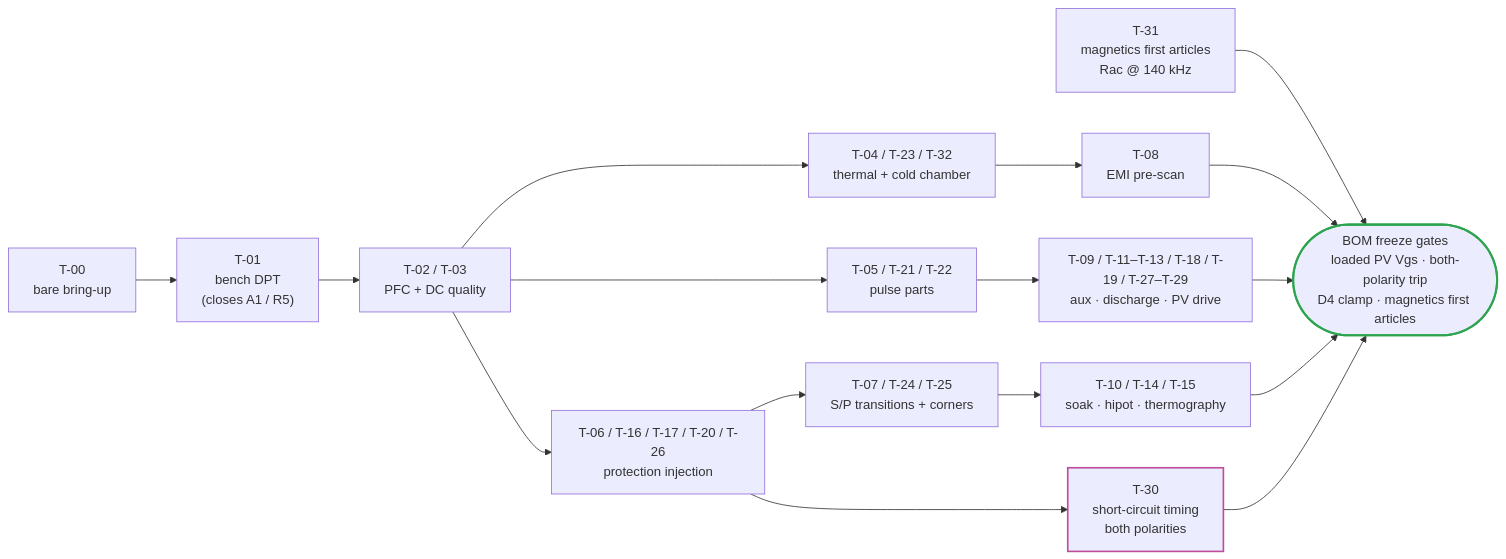
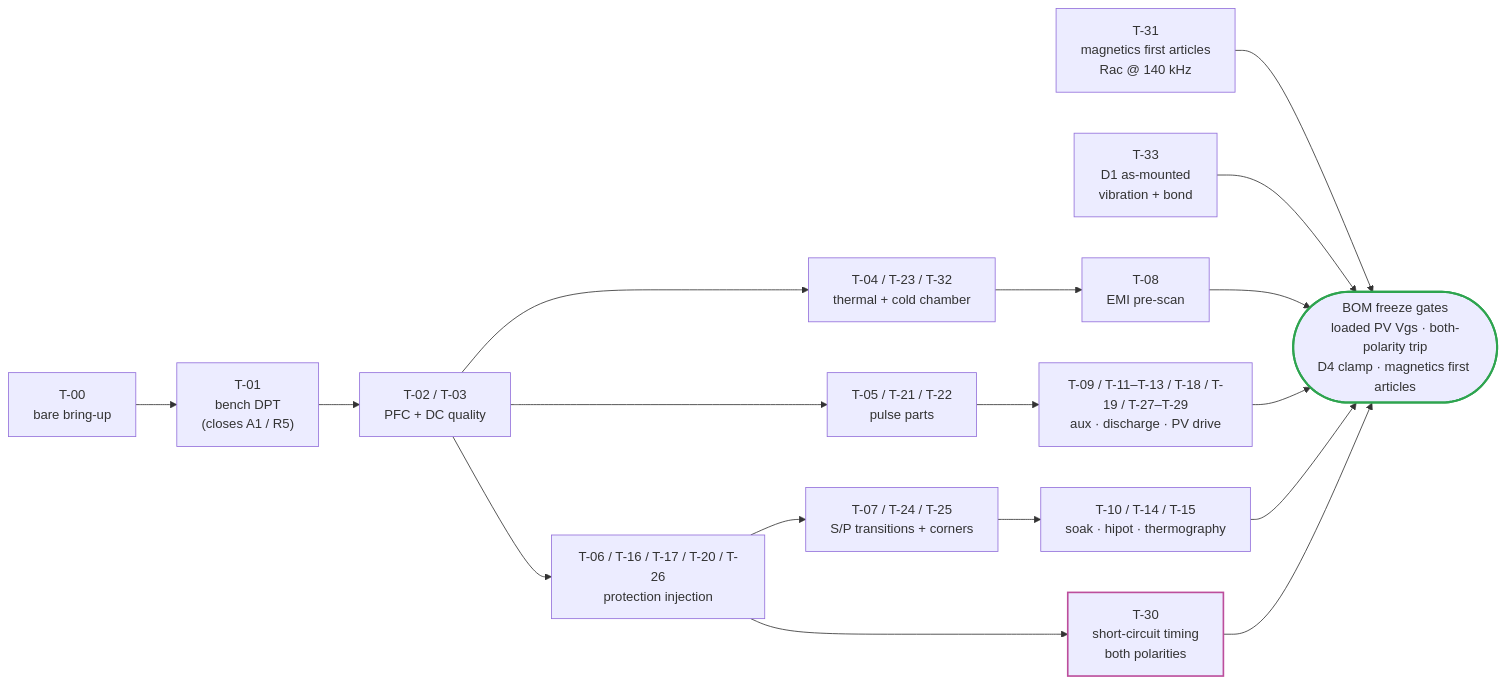
One commit to vectivolt/DC-Modules changed the second of 2 diagrams in docs/evt-plan.md. Above: the diagram before and after it, drawn with Mermaid. The commit also changed other lines of this file and 26 other files, not shown here.

````diff
--- a/docs/evt-plan.md
+++ b/docs/evt-plan.md
@@ -58,20 +58,21 @@
 ```mermaid
 flowchart LR
   A["T-00<br/>bare bring-up"] --> B["T-01<br/>bench DPT<br/>(closes A1 / R5)"]
   B --> C["T-02 / T-03<br/>PFC + DC quality"]
   C --> D["T-04 / T-23 / T-32<br/>thermal + cold chamber"]
   C --> E["T-05 / T-21 / T-22<br/>pulse parts"]
   C --> F["T-06 / T-16 / T-17 / T-20 / T-26<br/>protection injection"]
   F --> SC["T-30<br/>short-circuit timing<br/>both polarities"]
   F --> G["T-07 / T-24 / T-25<br/>S/P transitions + corners"]
   D --> H["T-08<br/>EMI pre-scan"]
   E --> I["T-09 / T-11–T-13 / T-18 / T-19 / T-27–T-29<br/>aux · discharge · PV drive"]
   G --> J["T-10 / T-14 / T-15<br/>soak · hipot · thermography"]
   M["T-31<br/>magnetics first articles<br/>Rac @ 140 kHz"] --> K
+  VB["T-33<br/>D1 as-mounted<br/>vibration + bond"] --> K
   H --> K(["BOM freeze gates<br/>loaded PV Vgs · both-polarity trip<br/>D4 clamp · magnetics first articles"])
   I --> K
   J --> K
   SC --> K
   style K stroke:#2ea44f,stroke-width:2.5px
   style SC stroke:#bc4e9c,stroke-width:2px
 ```
````
